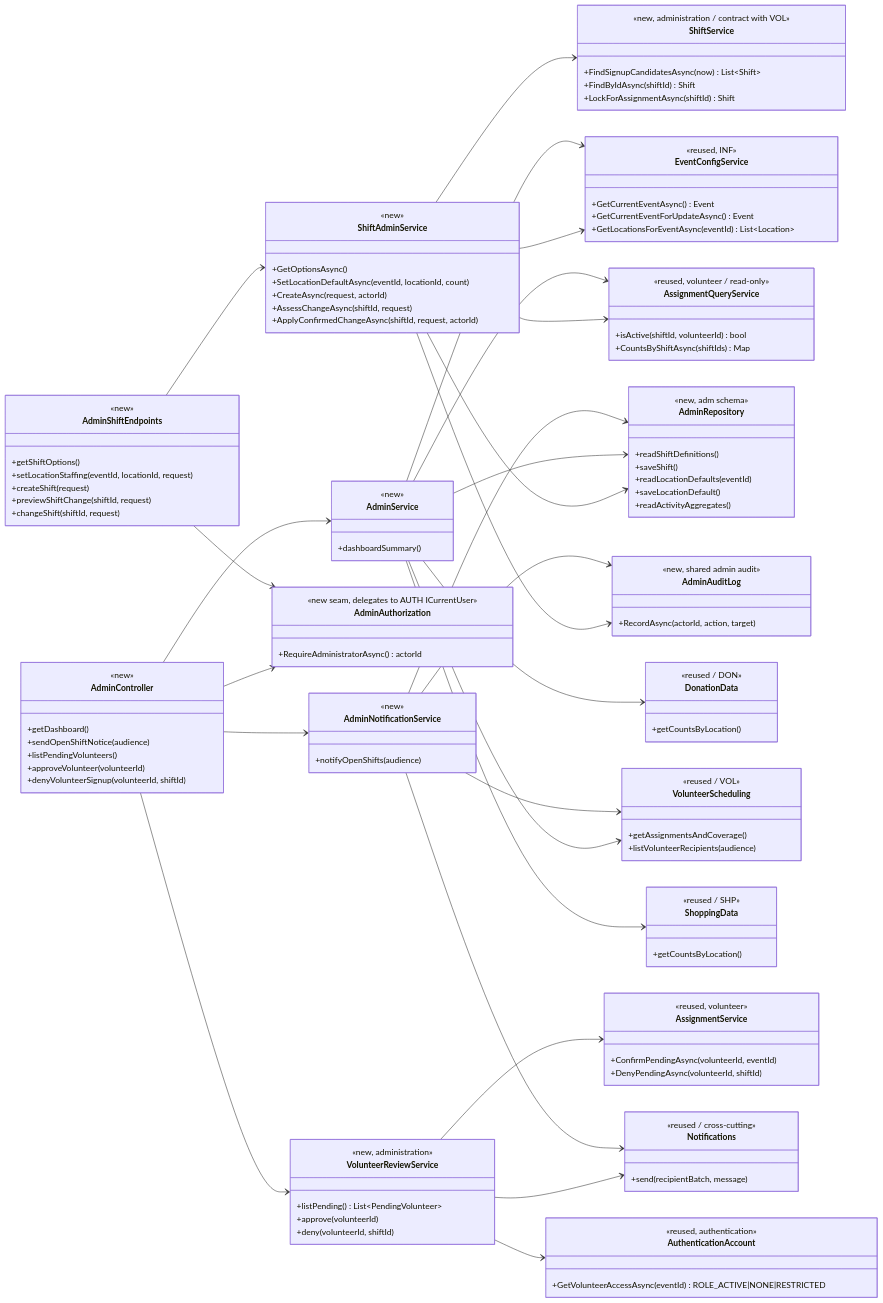
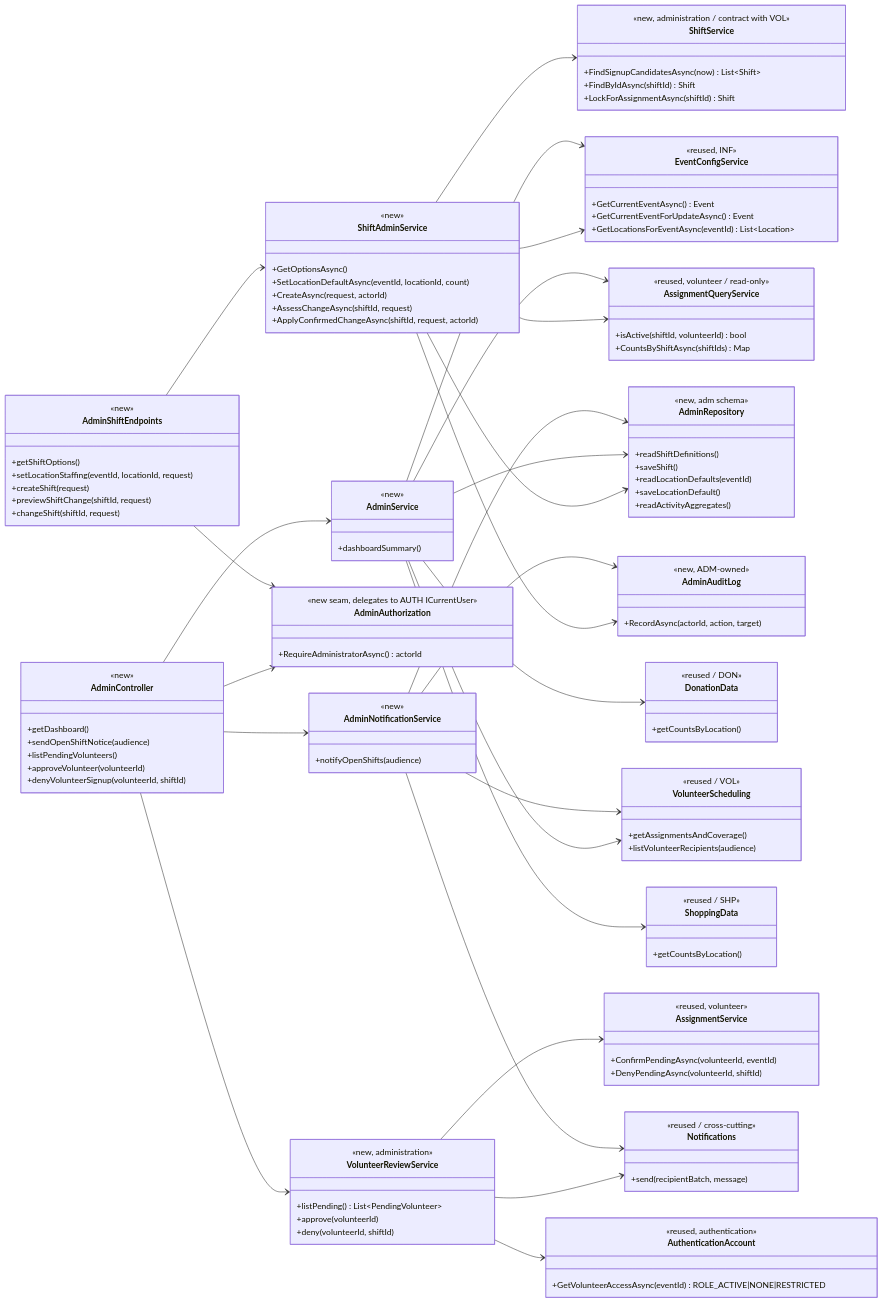
One commit to evelyntrann/cosc-40943-team-3-refrog changed the first of 8 diagrams in docs/design/ADM.md. Above: the diagram before and after it, drawn with Mermaid. The commit also changed other lines of this file, not shown here.

```diff
--- a/docs/design/ADM.md
+++ b/docs/design/ADM.md
@@ -61,7 +61,7 @@
         +RequireAdministratorAsync() actorId
     }
     class AdminAuditLog {
-        <<new, shared admin audit>>
+        <<new, ADM-owned>>
         +RecordAsync(actorId, action, target)
     }
     class VolunteerReviewService {
```
